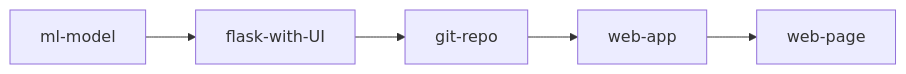
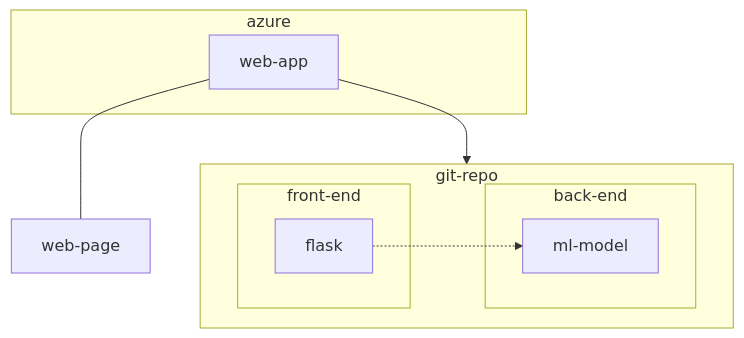
The diagram in README.md (ftymoshchuk/swollen-flask), drawn with Mermaid before and after one commit.

````diff
--- a/README.md
+++ b/README.md
@@ -8,4 +8,17 @@
 ```mermaid
-  flowchart LR
-    ml-model --> flask-with-UI --> git-repo --> web-app --> web-page
+  flowchart TB
+    subgraph git-repo
+      subgraph back-end
+      ml-model
+      end
+      subgraph front-end
+      flask
+      end
+    end
+    subgraph azure
+    web-app
+    end
+    web-app --- web-page
+    flask -.-> ml-model
+    web-app --> git-repo 
 ```
````
